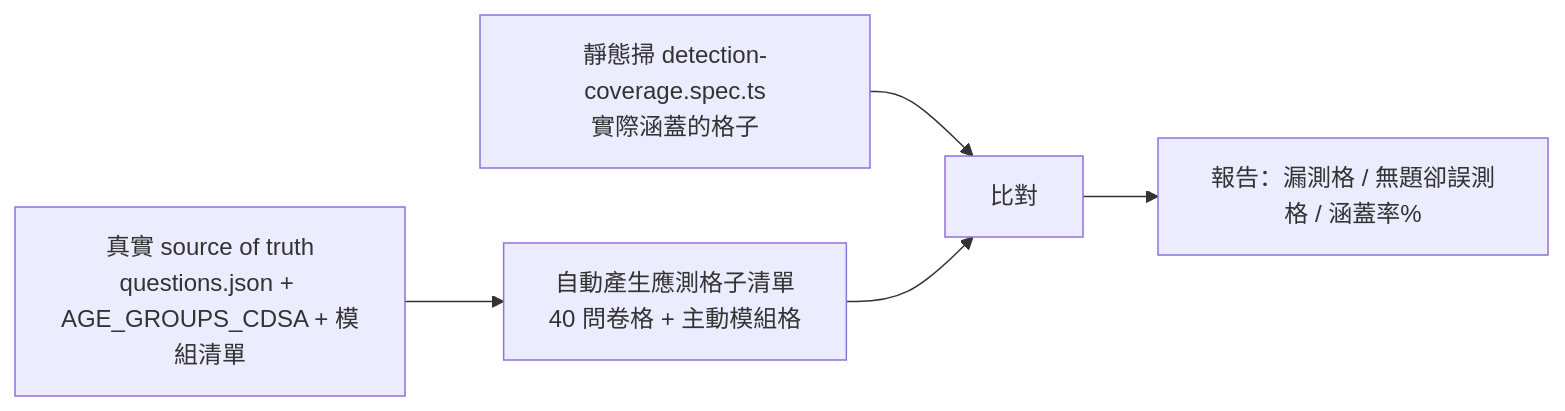
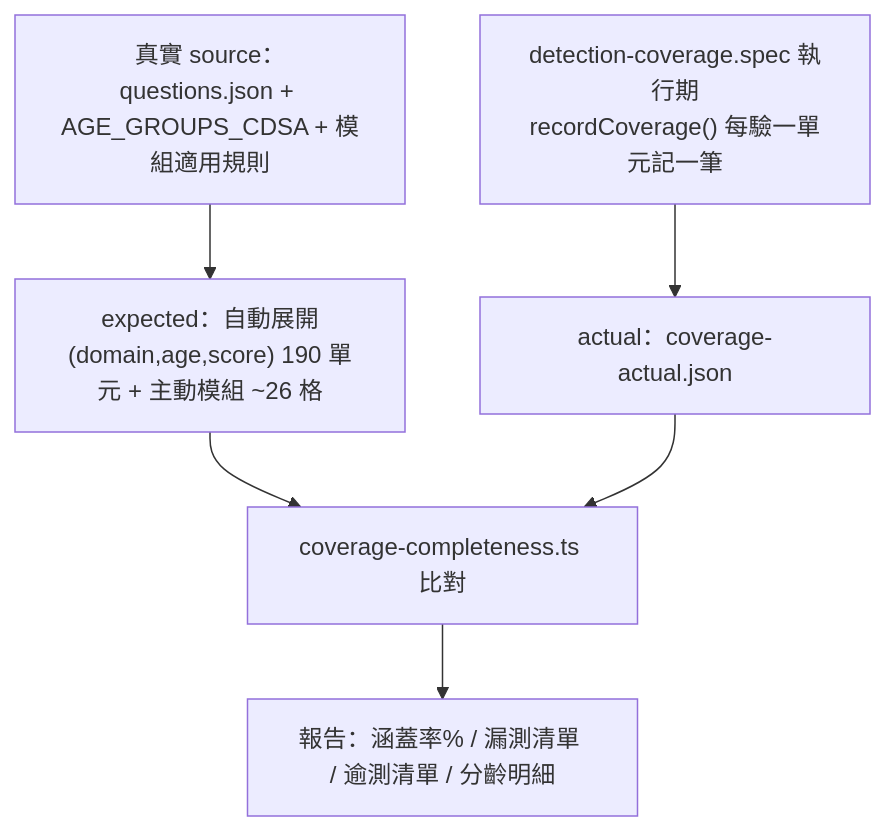
Before and after one commit to yao-care/smart-pedi-cds: the third of 3 diagrams in docs/superpowers/specs/2026-07-07-detection-coverage-test-design.md, drawn with Mermaid. The commit also changed other lines of this file, not shown here.

First line of the commit message:
docs(spec): §6 完整性稽核改具體版（執行期收集 + 輸出範例）

````diff
--- a/docs/superpowers/specs/2026-07-07-detection-coverage-test-design.md
+++ b/docs/superpowers/specs/2026-07-07-detection-coverage-test-design.md
@@ -144,7 +146,8 @@
 ```mermaid
-flowchart LR
-  SRC["真實 source of truth<br/>questions.json + AGE_GROUPS_CDSA + 模組清單"] --> EXP["自動產生應測格子清單<br/>40 問卷格 + 主動模組格"]
-  SPEC["靜態掃 detection-coverage.spec.ts<br/>實際涵蓋的格子"] --> CMP["比對"]
-  EXP --> CMP
-  CMP --> REP["報告：漏測格 / 無題卻誤測格 / 涵蓋率%"]
+flowchart TD
+  SRC["真實 source：questions.json + AGE_GROUPS_CDSA + 模組適用規則"] --> EXP["expected：自動展開<br/>(domain,age,score) 190 單元 + 主動模組 ~26 格"]
+  RUN["detection-coverage.spec 執行期<br/>recordCoverage() 每驗一單元記一筆"] --> ACT["actual：coverage-actual.json"]
+  EXP --> CMP["coverage-completeness.ts 比對"]
+  ACT --> CMP
+  CMP --> REP["報告：涵蓋率% / 漏測清單 / 逾測清單 / 分齡明細"]
 ```
````
